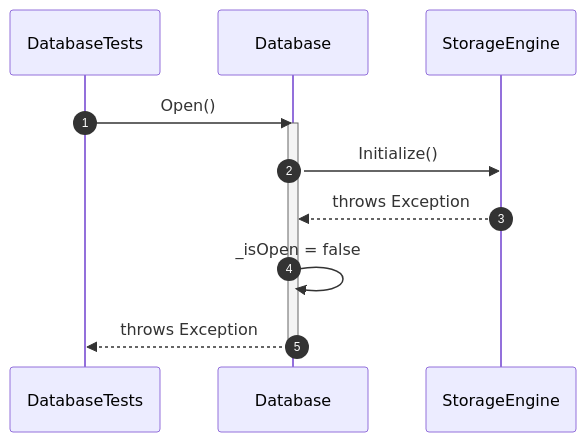
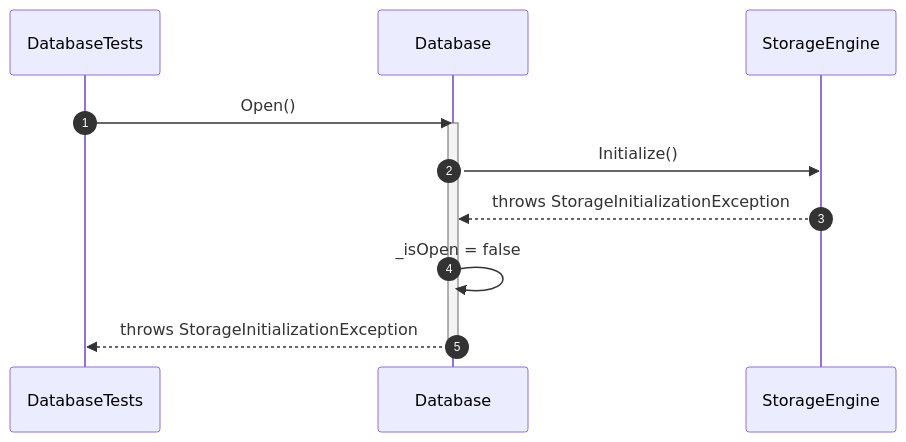
One commit to manaxpow/DBMS changed diagram 14 of 29 in docs/sequence-diagrams/database-management/README.md. Above: the diagram before and after it, drawn with Mermaid. The commit also changed other lines of this file and 23 other files, not shown here.

````diff
--- a/docs/sequence-diagrams/database-management/README.md
+++ b/docs/sequence-diagrams/database-management/README.md
@@ -285,16 +285,16 @@
 ```mermaid
 sequenceDiagram
     autonumber
 
     participant Test as DatabaseTests
     participant DB as Database
     participant Storage as StorageEngine
 
     Test->>DB: Open()
     activate DB
     DB->>Storage: Initialize()
-    Storage-->>DB: throws Exception
+    Storage-->>DB: throws StorageInitializationException
     DB->>DB: _isOpen = false
-    DB-->>Test: throws Exception
+    DB-->>Test: throws StorageInitializationException
     deactivate DB
 ```
````
